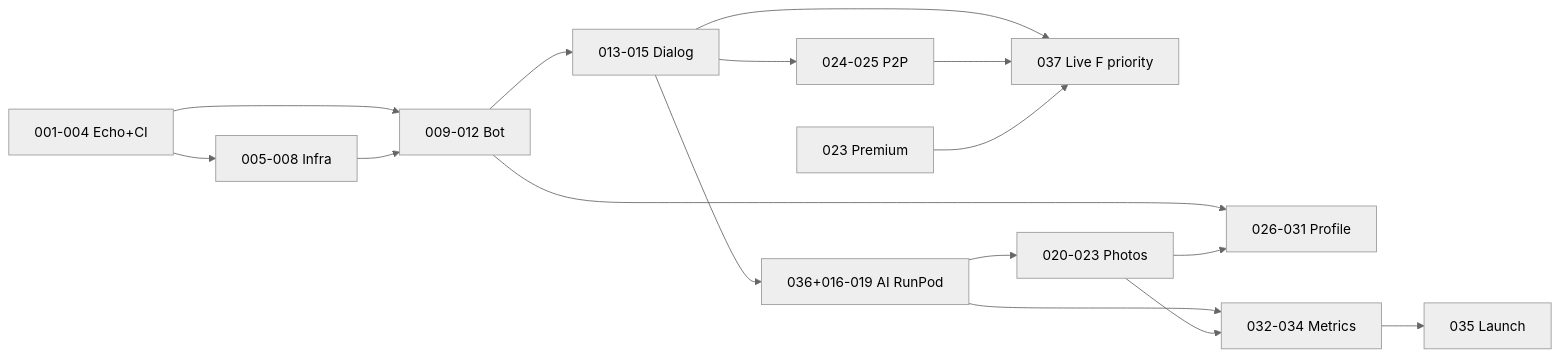
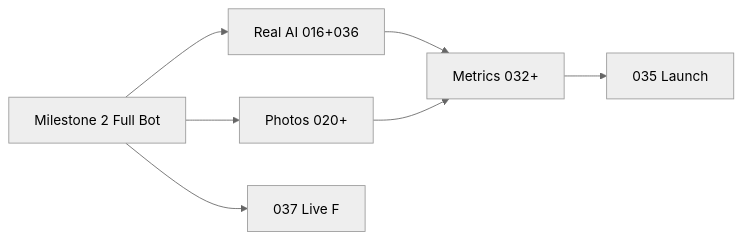
Before and after one commit to flykby/anonimus_chat: the second of 2 diagrams in tasks/README.md, drawn with Mermaid (neutral theme). The commit also changed other lines of this file and 5 other files, not shown here.

First line of the commit message:
Revise plan for Milestone 2 full bot; add AI echo stub (038)

````diff
--- a/tasks/README.md
+++ b/tasks/README.md
@@ -169,18 +188,9 @@
 ```mermaid
 flowchart LR
-    M1[001-004 Echo+CI] --> P0[005-008 Infra]
-    M1 --> P1[009-012 Bot]
-    P0 --> P1
-    P1 --> P2[013-015 Dialog]
-    P2 --> P3[036+016-019 AI RunPod]
-    P2 --> P37[037 Live F priority]
-    P2 --> P5[024-025 P2P]
-    P5 --> P37
-    P23[023 Premium] --> P37
-    P3 --> P4[020-023 Photos]
-    P1 --> P6[026-031 Profile]
-    P4 --> P6
-    P3 --> P7[032-034 Metrics]
-    P4 --> P7
-    P7 --> P8[035 Launch]
+    M2[Milestone 2 Full Bot] --> M3[Real AI 016+036]
+    M2 --> M4[Photos 020+]
+    M2 --> M37[037 Live F]
+    M3 --> M7[Metrics 032+]
+    M4 --> M7
+    M7 --> Launch[035 Launch]
 ```
````
